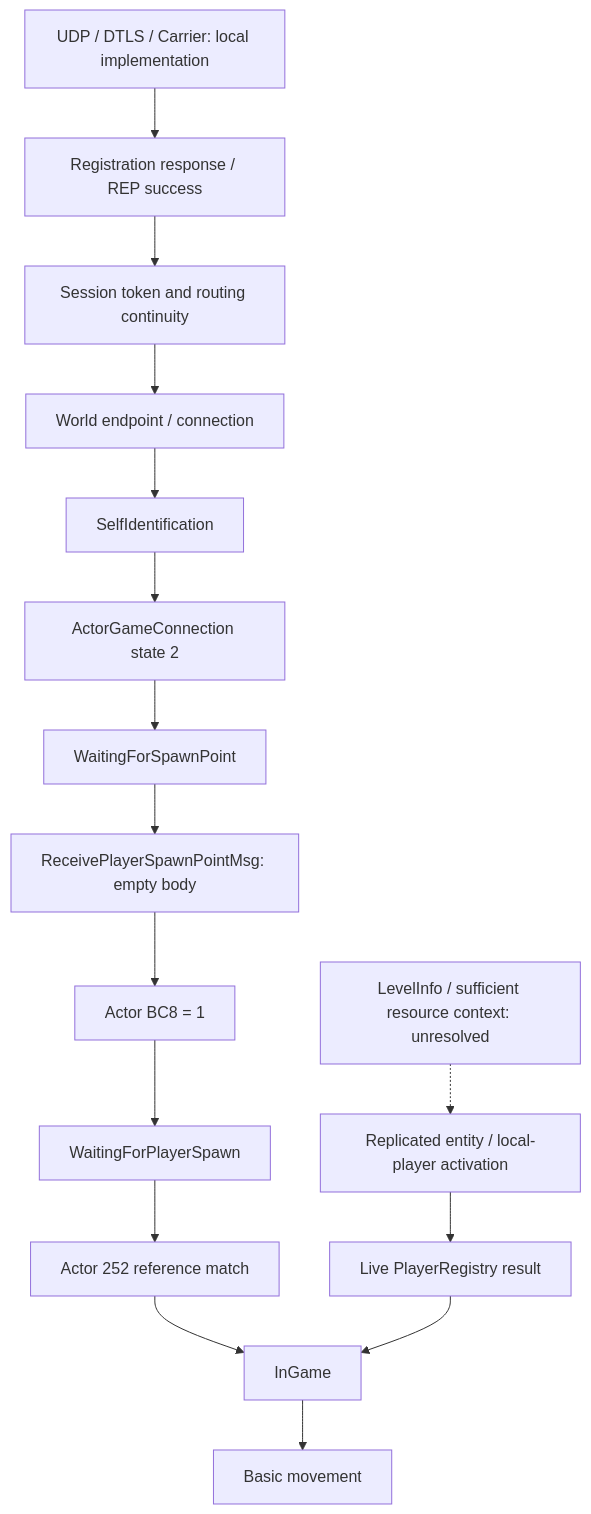
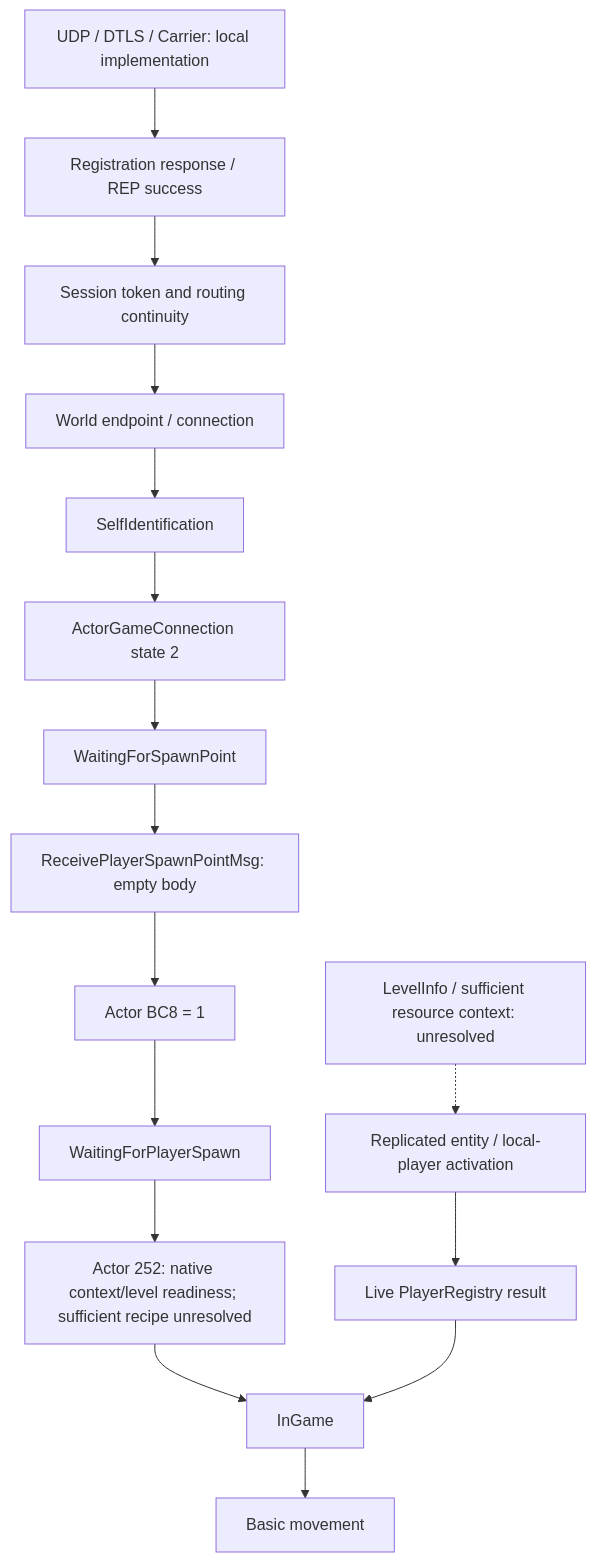
The diagram in docs/HANDSHAKE_MAP.md (Noahhubbs01/new-world-preservation), drawn with Mermaid before and after one commit. The commit also changed other lines of this file and 5 other files, not shown here.

````diff
--- a/docs/HANDSHAKE_MAP.md
+++ b/docs/HANDSHAKE_MAP.md
@@ -15,18 +34,18 @@
 ```mermaid
 flowchart TD
   Transport[UDP / DTLS / Carrier: local implementation] --> Registration[Registration response / REP success]
   Registration --> Session[Session token and routing continuity]
   Session --> World[World endpoint / connection]
   World --> Self[SelfIdentification]
   Self --> Actor[ActorGameConnection state 2]
   Actor --> Ready[WaitingForSpawnPoint]
   Ready --> Marker[ReceivePlayerSpawnPointMsg: empty body]
   Marker --> Flag[Actor BC8 = 1]
   Flag --> Player[WaitingForPlayerSpawn]
   Replica[Replicated entity / local-player activation] --> Registry[Live PlayerRegistry result]
-  Player --> Match[Actor 252 reference match]
+  Player --> Match[Actor 252: native context/level readiness; sufficient recipe unresolved]
   Match --> Spawn[InGame]
   Registry --> Spawn
   Level[LevelInfo / sufficient resource context: unresolved] -.-> Replica
   Spawn --> Movement[Basic movement]
 ```
````
